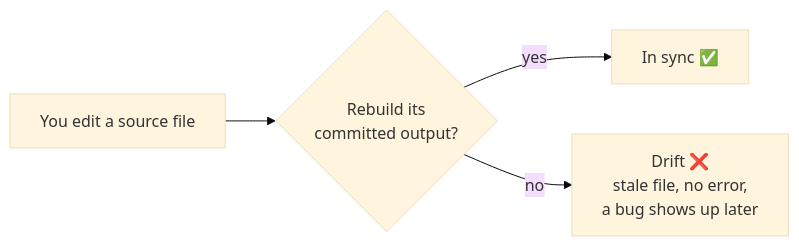
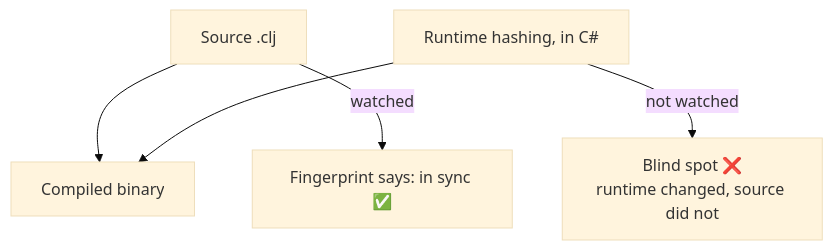
One commit to skydread1/me changed the first of 4 diagrams in content/blog/Drift Checks for a Self-Hosting Compiler.md. Above: the diagram before and after it, drawn with Mermaid (base theme). The commit also changed other lines of this file and 2 other files, not shown here.

Commit message:
feat(blog): refresh Making Magic stable and Drift Checks articles

````diff
--- a/content/blog/Drift Checks for a Self-Hosting Compiler.md
+++ b/content/blog/Drift Checks for a Self-Hosting Compiler.md
@@ -32,6 +56,7 @@
 ```mermaid
-flowchart LR
-    S["You edit a source file"] --> Q{"Rebuild its<br/>committed output?"}
-    Q -->|yes| OK["In sync ✅"]
-    Q -->|no| BAD["Drift ❌<br/>stale file, no error,<br/>a bug shows up later"]
+flowchart TD
+    SRC["Source .clj"] --> BIN["Compiled binary"]
+    RT["Runtime hashing, in C#"] --> BIN
+    SRC -->|watched| FP["Fingerprint says: in sync ✅"]
+    RT -->|not watched| GAP["Blind spot ❌<br/>runtime changed, source did not"]
 ```
````
